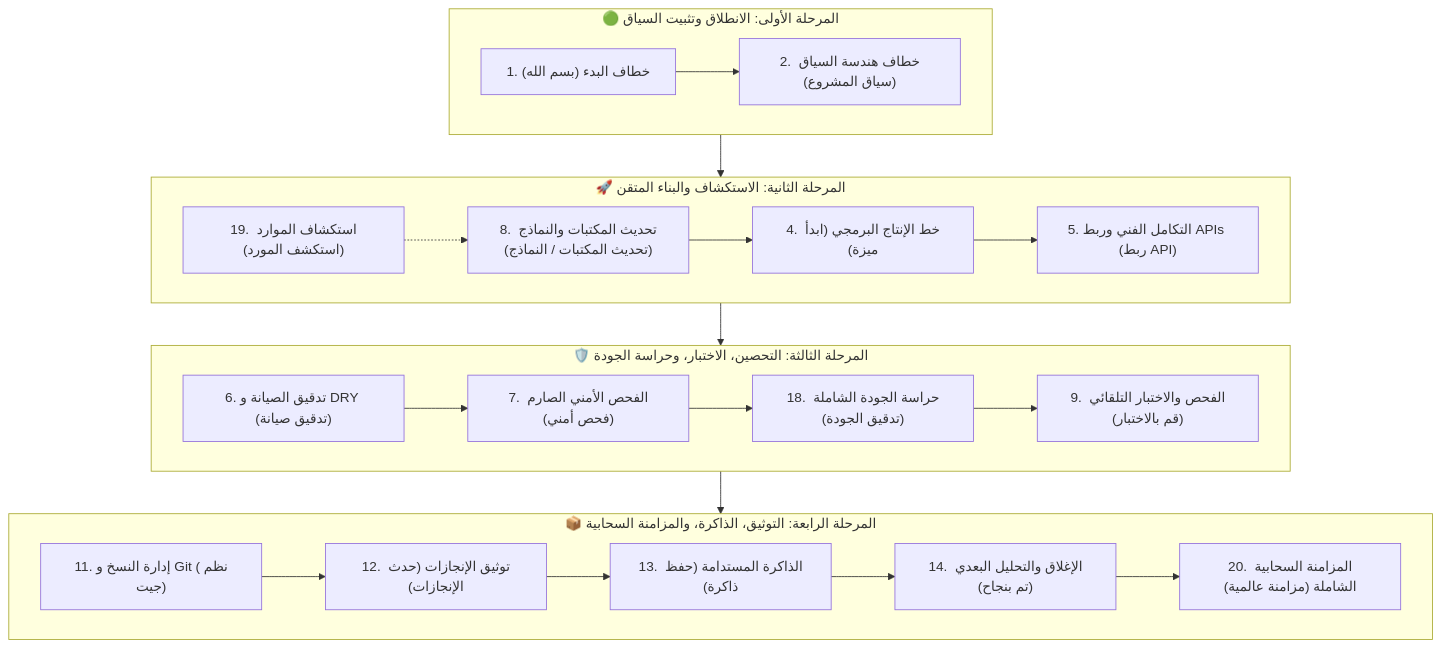
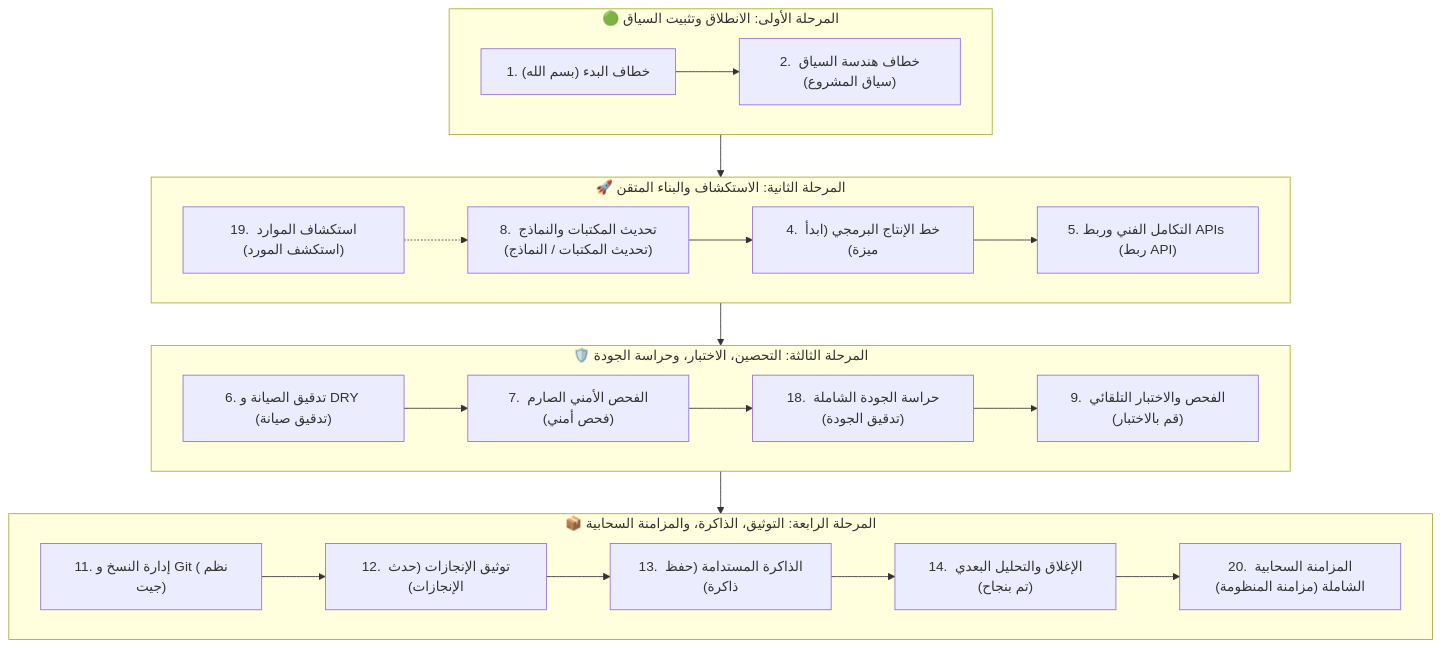
The diagram in hooks_user_guide.md (ibrahimalkateb965-tech/Quran), drawn with Mermaid before and after one commit. The commit also changed other lines of this file and 2 other files, not shown here.

````diff
--- a/hooks_user_guide.md
+++ b/hooks_user_guide.md
@@ -11,23 +11,23 @@
 ```mermaid
 flowchart TD
     subgraph Phase1 ["🟢 المرحلة الأولى: الانطلاق وتثبيت السياق"]
         H1["1. خطاف البدء (بسم الله)"] --> H2["2. خطاف هندسة السياق (سياق المشروع)"]
     end
     subgraph Phase2 ["🚀 المرحلة الثانية: الاستكشاف والبناء المتقن"]
         H19["19. استكشاف الموارد (استكشف المورد)"] -.-> H8["8. تحديث المكتبات والنماذج (تحديث المكتبات / النماذج)"]
         H8 --> H4["4. خط الإنتاج البرمجي (ابدأ ميزة)"]
         H4 --> H5["5. التكامل الفني وربط APIs (ربط API)"]
     end
     subgraph Phase3 ["🛡️ المرحلة الثالثة: التحصين، الاختبار، وحراسة الجودة"]
         H6["6. تدقيق الصيانة و DRY (تدقيق صيانة)"] --> H7["7. الفحص الأمني الصارم (فحص أمني)"]
         H7 --> H18["18. حراسة الجودة الشاملة (تدقيق الجودة)"]
         H18 --> H9["9. الفحص والاختبار التلقائي (قم بالاختبار)"]
     end
     subgraph Phase4 ["📦 المرحلة الرابعة: التوثيق، الذاكرة، والمزامنة السحابية"]
         H11["11. إدارة النسخ و Git (نظم جيت)"] --> H12["12. توثيق الإنجازات (حدث الإنجازات)"]
         H12 --> H13["13. الذاكرة المستدامة (حفظ ذاكرة)"]
         H13 --> H14["14. الإغلاق والتحليل البعدي (تم بنجاح)"]
-        H14 --> H20["20. المزامنة السحابية الشاملة (مزامنة عالمية)"]
+        H14 --> H20["20. المزامنة السحابية الشاملة (مزامنة المنظومة)"]
     end
     Phase1 --> Phase2 --> Phase3 --> Phase4
 ```
````
